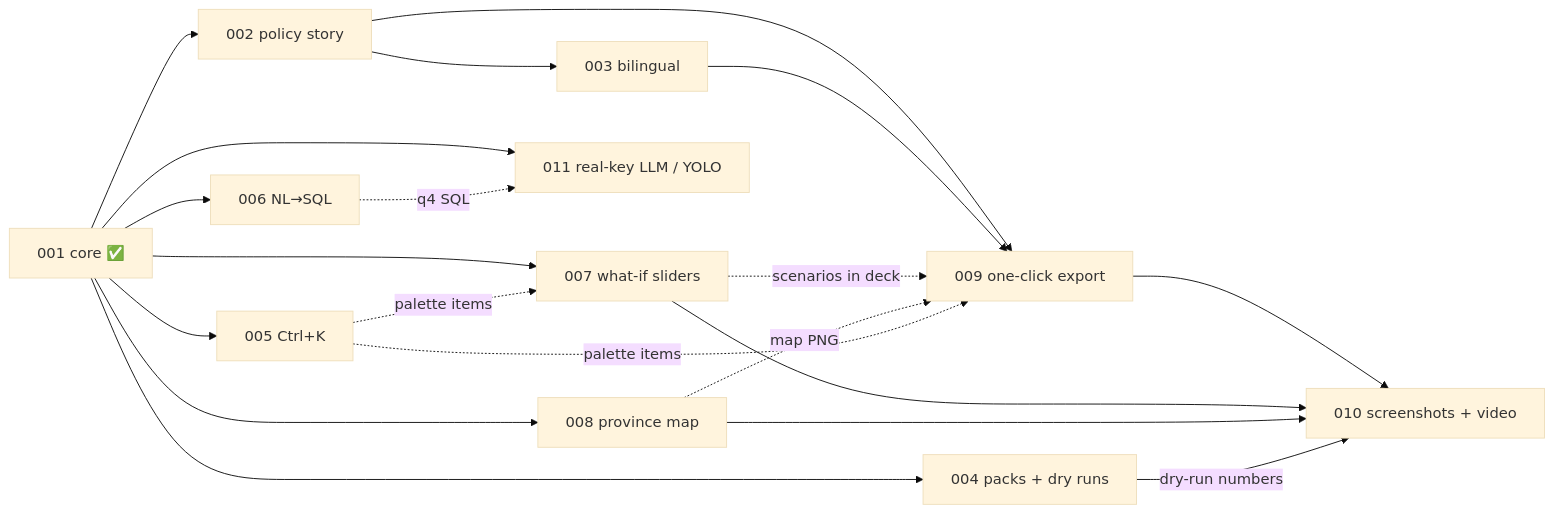
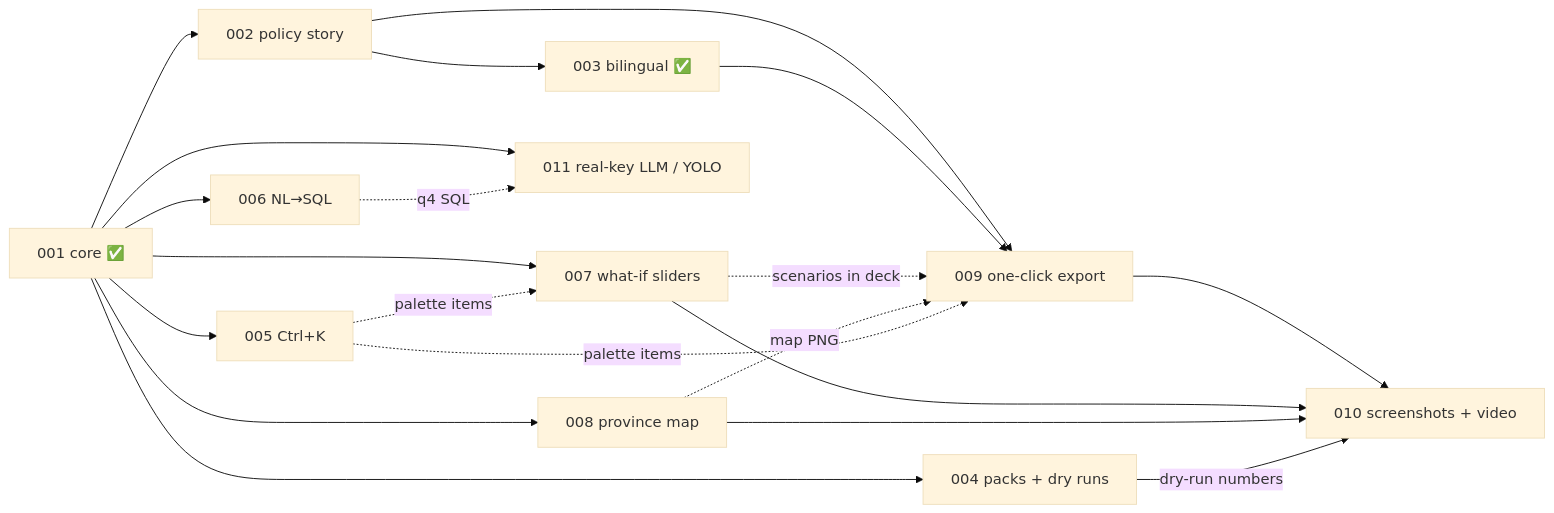
One commit to ducvuathuduc/vietleap2026 changed the diagram in specs/README.md. Above: the diagram before and after it, drawn with Mermaid (base theme). The commit also changed other lines of this file and 4 other files, not shown here.

Commit message:
docs(003): tick T301–T312 (74de518, 5aa4194, 4e098e5), feature 003 done in specs/README, MASTER_PLAN §0, ROADMAP progress

````diff
--- a/specs/README.md
+++ b/specs/README.md
@@ -31,22 +31,22 @@
 ```mermaid
 flowchart LR
   F001[001 core ✅] --> F002[002 policy story]
   F001 --> F004[004 packs + dry runs]
   F001 --> F005[005 Ctrl+K]
   F001 --> F006[006 NL→SQL]
   F001 --> F007[007 what-if sliders]
   F001 --> F008[008 province map]
   F001 --> F011[011 real-key LLM / YOLO]
-  F002 --> F003[003 bilingual]
+  F002 --> F003[003 bilingual ✅]
   F002 --> F009[009 one-click export]
   F003 --> F009
   F007 -. scenarios in deck .-> F009
   F008 -. map PNG .-> F009
   F006 -. q4 SQL .-> F011
   F005 -. palette items .-> F007
   F005 -. palette items .-> F009
   F009 --> F010[010 screenshots + video]
   F007 --> F010
   F008 --> F010
   F004 -->|dry-run numbers| F010
 ```
````
